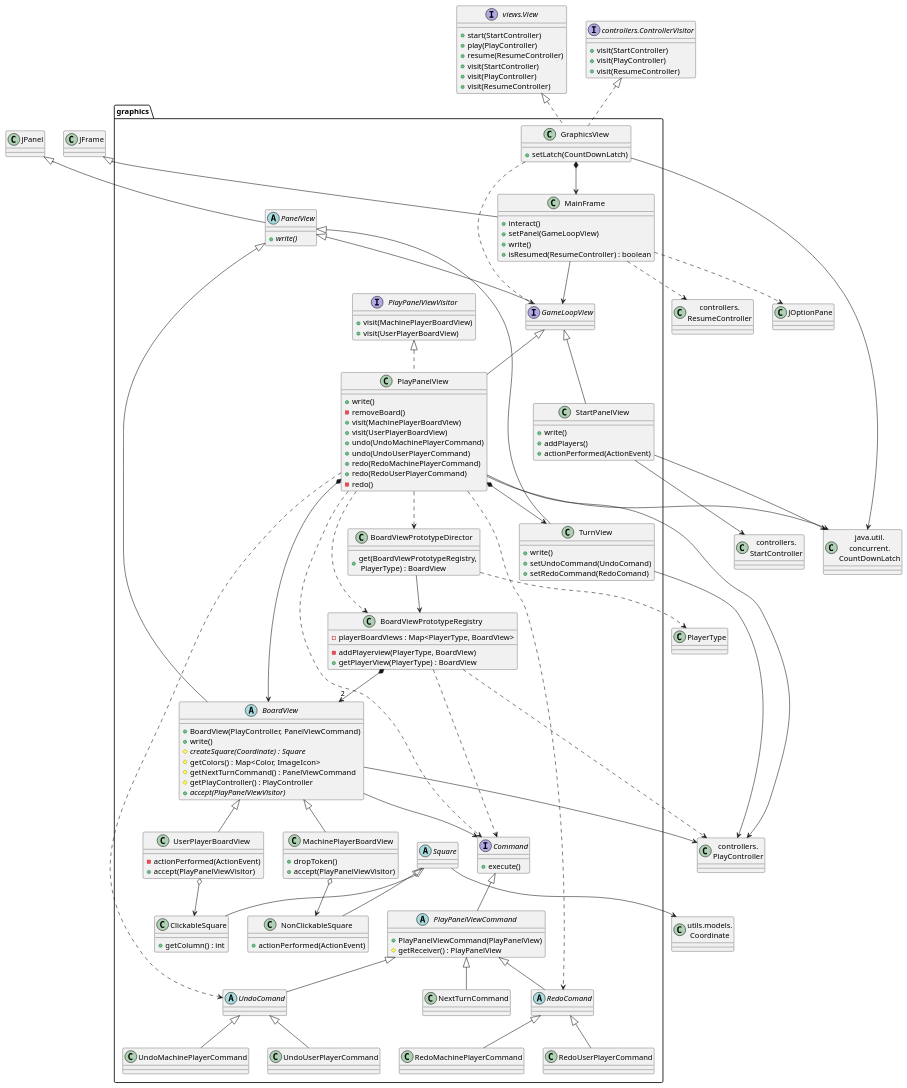
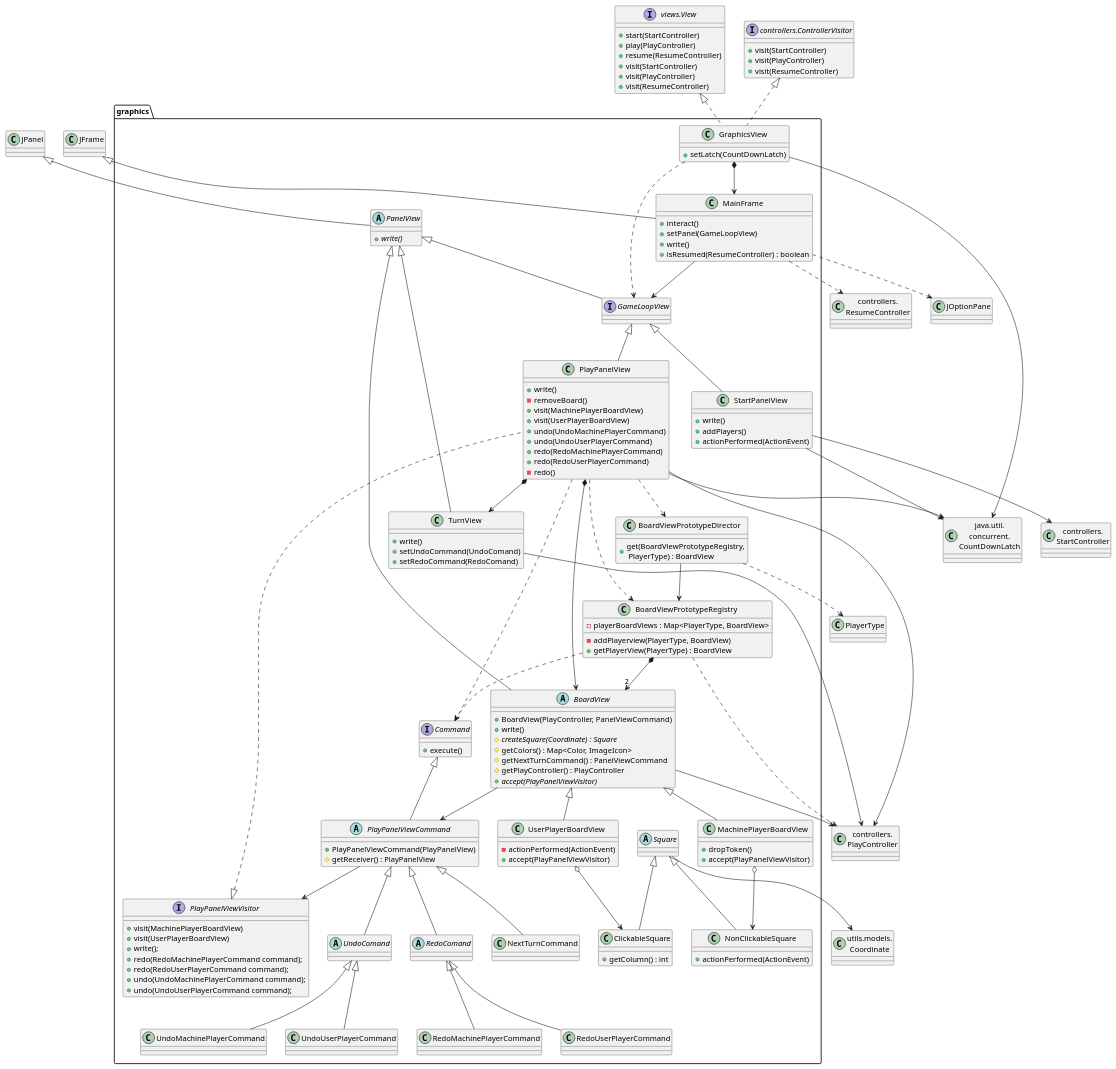
One commit to js-rom/connect4 changed the diagram in connect4/Docs/diagrams/src/packages/connect4.connect4.views.graphics.plantuml. Above: the diagram before and after it, drawn with PlantUML. The commit also changed 28 other files, not shown here.

Commit message:
refactor: reorganize graphhics viw package and remove cicle between Command and PlayPanelView #7

```diff
--- a/connect4/Docs/diagrams/src/packages/connect4.connect4.views.graphics.plantuml
+++ b/connect4/Docs/diagrams/src/packages/connect4.connect4.views.graphics.plantuml
@@ -1,181 +1,185 @@
 @startuml connect4.connect4.views.graphics
 class graphics.GraphicsView {
     +setLatch(CountDownLatch)
 }
 
 class CountDownLatch as "java.util.\nconcurrent.\nCountDownLatch"
 class graphics.MainFrame{
      +interact()
     +setPanel(GameLoopView)
     +write()
     +isResumed(ResumeController) : boolean
 }
 abstract class graphics.PanelView {
     + {abstract} write()
 }
 interface graphics.GameLoopView
 class graphics.StartPanelView {
     +write()
     +addPlayers()
     +actionPerformed(ActionEvent)
 }
 
 class graphics.PlayPanelView{
     +write()
     -removeBoard()
     +visit(MachinePlayerBoardView)
     +visit(UserPlayerBoardView)
     +undo(UndoMachinePlayerCommand)
     +undo(UndoUserPlayerCommand)
     +redo(RedoMachinePlayerCommand)
     +redo(RedoUserPlayerCommand)
     -redo()
 }
 
 interface graphics.PlayPanelViewVisitor {
     +visit(MachinePlayerBoardView)
     +visit(UserPlayerBoardView)
+    +write();
+    +redo(RedoMachinePlayerCommand command);
+    +redo(RedoUserPlayerCommand command);
+    +undo(UndoMachinePlayerCommand command);
+    +undo(UndoUserPlayerCommand command);
 }
 
 abstract class graphics.BoardView {
     + BoardView(PlayController, PanelViewCommand)
     + write()
     #  {abstract}  createSquare(Coordinate) : Square
     # getColors() : Map<Color, ImageIcon>
     # getNextTurnCommand() : PanelViewCommand
     # getPlayController() : PlayController
     +  {abstract}  accept(PlayPanelViewVisitor)
 }
 class graphics.BoardViewPrototypeDirector{
     +get(BoardViewPrototypeRegistry,\n PlayerType) : BoardView
 }
 class graphics.BoardViewPrototypeRegistry{
     -playerBoardViews : Map<PlayerType, BoardView> 
     -addPlayerview(PlayerType, BoardView)
     +getPlayerView(PlayerType) : BoardView
 }
 interface graphics.Command {
     +execute()
 }
 abstract class graphics.PlayPanelViewCommand {
     +PlayPanelViewCommand(PlayPanelView)
     #getReceiver() : PlayPanelView
 }
 class graphics.MachinePlayerBoardView {
     +dropToken()
     +accept(PlayPanelViewVisitor)
 }
 class graphics.UserPlayerBoardView{
     -actionPerformed(ActionEvent)
     +accept(PlayPanelViewVisitor)
 }
 
 class graphics.NextTurnCommand
 abstract class graphics.Square
 class graphics.ClickableSquare {
     + getColumn() : int
 }
 class graphics.NonClickableSquare {
     + actionPerformed(ActionEvent)
 }
 class graphics.TurnView{
     +write()
     +setUndoCommand(UndoComand)
     +setRedoCommand(RedoComand)
 }
 abstract class graphics.PanelView
 class StartController as "controllers.\nStartController"
 class PlayController as "controllers.\nPlayController"
 class ResumeController as "controllers.\nResumeController"
 class Coordinate as "utils.models.\nCoordinate"
 interface View as "views.View"{
     +start(StartController)
     +play(PlayController)
     +resume(ResumeController)
     +visit(StartController)
     +visit(PlayController)
     +visit(ResumeController)
 }
 
 interface ControllerVisitor as "controllers.ControllerVisitor" {
     +visit(StartController)
     +visit(PlayController)
     +visit(ResumeController)
 }
 
 abstract class graphics.UndoComand
 abstract class graphics.RedoComand
 class graphics.RedoMachinePlayerCommand {}
 class graphics.UndoMachinePlayerCommand {}
 class graphics.RedoUserPlayerCommand {}
 class graphics.UndoUserPlayerCommand {}
 
 
 GraphicsView --> CountDownLatch
 class JFrame
 JFrame <|-- MainFrame
 GraphicsView *--> MainFrame
 
 
 StartPanelView --> StartController
 StartPanelView --> CountDownLatch
 PlayPanelView --> PlayController
 PlayPanelView --> CountDownLatch
 BoardView --> PlayController
 TurnView --> PlayController
 MainFrame ..> ResumeController
 
 
 View <|.. GraphicsView
 ControllerVisitor <|.. GraphicsView
 
 class JOptionPane
 MainFrame ..> JOptionPane
 
 JPanel <|-- PanelView
 PanelView <|-- GameLoopView
 GameLoopView <|-- StartPanelView
 GameLoopView <|-- PlayPanelView
 PlayPanelViewVisitor <|.. PlayPanelView
 PanelView <|-- BoardView
 PanelView <|-- TurnView
 
 GraphicsView ..> GameLoopView
 MainFrame --> GameLoopView
 
 PlayPanelView *--> BoardView
 PlayPanelView *--> TurnView
 PlayPanelView ..> BoardViewPrototypeRegistry
 PlayPanelView ..> BoardViewPrototypeDirector
-PlayPanelView ..> UndoComand
-PlayPanelView ..> RedoComand
 
 BoardViewPrototypeDirector --> BoardViewPrototypeRegistry
 BoardViewPrototypeDirector ..> PlayerType
 BoardViewPrototypeRegistry ..> PlayController
 BoardViewPrototypeRegistry ..> Command
 BoardViewPrototypeRegistry *--> "2"BoardView
 
 
 PlayPanelView ..> Command
+PlayPanelViewCommand --> PlayPanelViewVisitor
 
 Command <|-- PlayPanelViewCommand
 PlayPanelViewCommand <|-- NextTurnCommand
 PlayPanelViewCommand <|-- UndoComand
 PlayPanelViewCommand <|-- RedoComand
 UndoComand <|-- UndoMachinePlayerCommand
 UndoComand <|-- UndoUserPlayerCommand
 RedoComand <|-- RedoMachinePlayerCommand
 RedoComand <|-- RedoUserPlayerCommand
 
 
 BoardView <|-- MachinePlayerBoardView
 BoardView <|-- UserPlayerBoardView
 MachinePlayerBoardView o--> NonClickableSquare
 UserPlayerBoardView o--> ClickableSquare
 Square <|-- ClickableSquare
 Square <|-- NonClickableSquare
-BoardView --> Command
+BoardView --> PlayPanelViewCommand
 
 Square --> Coordinate
 @enduml
```
